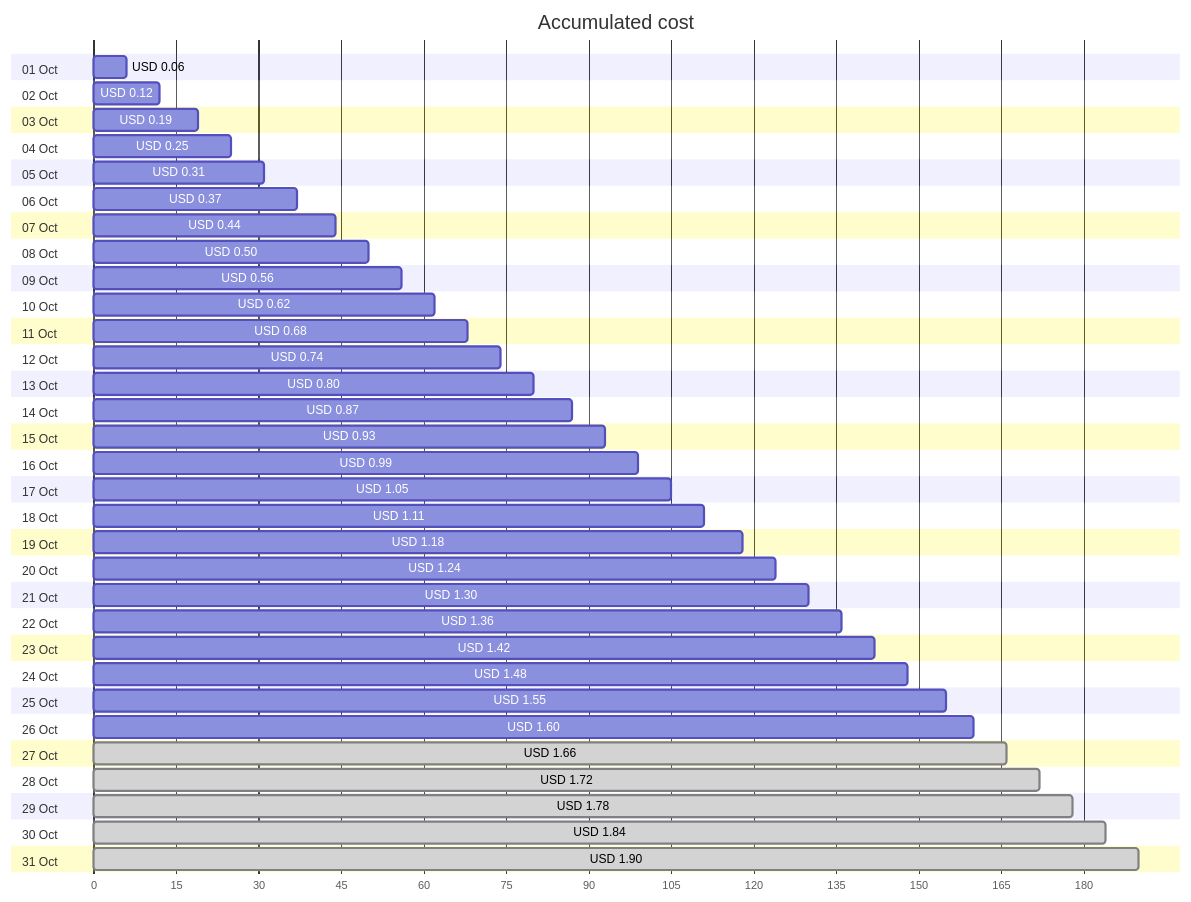
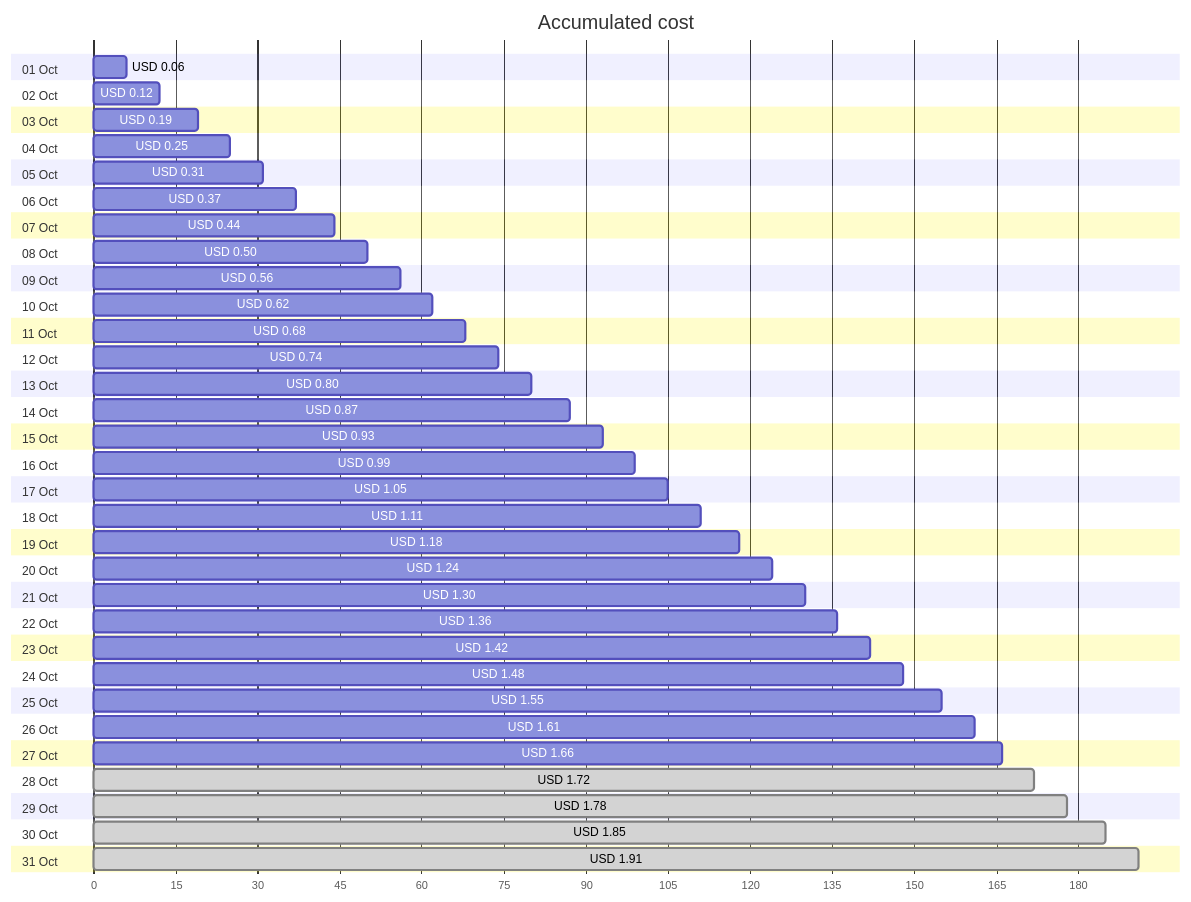
Before and after one commit to jpfulton/azure-personal-reports: the first of 4 diagrams in cost-reports/personal-network/vpn-server_OsDisk.md, drawn with Mermaid. The commit also changed other lines of this file and 8 other files, not shown here.

````diff
--- a/cost-reports/personal-network/vpn-server_OsDisk.md
+++ b/cost-reports/personal-network/vpn-server_OsDisk.md
@@ -20,68 +20,68 @@
 ```mermaid
 gantt
    title Accumulated cost
    dateFormat  X
    axisFormat %s
    section 01 Oct
    USD 0.06 :0, 6
    section 02 Oct
    USD 0.12 :0, 12
    section 03 Oct
    USD 0.19 :0, 19
    section 04 Oct
    USD 0.25 :0, 25
    section 05 Oct
    USD 0.31 :0, 31
    section 06 Oct
    USD 0.37 :0, 37
    section 07 Oct
    USD 0.44 :0, 44
    section 08 Oct
    USD 0.50 :0, 50
    section 09 Oct
    USD 0.56 :0, 56
    section 10 Oct
    USD 0.62 :0, 62
    section 11 Oct
    USD 0.68 :0, 68
    section 12 Oct
    USD 0.74 :0, 74
    section 13 Oct
    USD 0.80 :0, 80
    section 14 Oct
    USD 0.87 :0, 87
    section 15 Oct
    USD 0.93 :0, 93
    section 16 Oct
    USD 0.99 :0, 99
    section 17 Oct
    USD 1.05 :0, 105
    section 18 Oct
    USD 1.11 :0, 111
    section 19 Oct
    USD 1.18 :0, 118
    section 20 Oct
    USD 1.24 :0, 124
    section 21 Oct
    USD 1.30 :0, 130
    section 22 Oct
    USD 1.36 :0, 136
    section 23 Oct
    USD 1.42 :0, 142
    section 24 Oct
    USD 1.48 :0, 148
    section 25 Oct
    USD 1.55 :0, 155
    section 26 Oct
-   USD 1.60 :0, 160
+   USD 1.61 :0, 161
    section 27 Oct
-   USD 1.66 : done, 0, 166
+   USD 1.66 :0, 166
    section 28 Oct
    USD 1.72 : done, 0, 172
    section 29 Oct
    USD 1.78 : done, 0, 178
    section 30 Oct
-   USD 1.84 : done, 0, 184
+   USD 1.85 : done, 0, 185
    section 31 Oct
-   USD 1.90 : done, 0, 190
+   USD 1.91 : done, 0, 191
 ```
````
